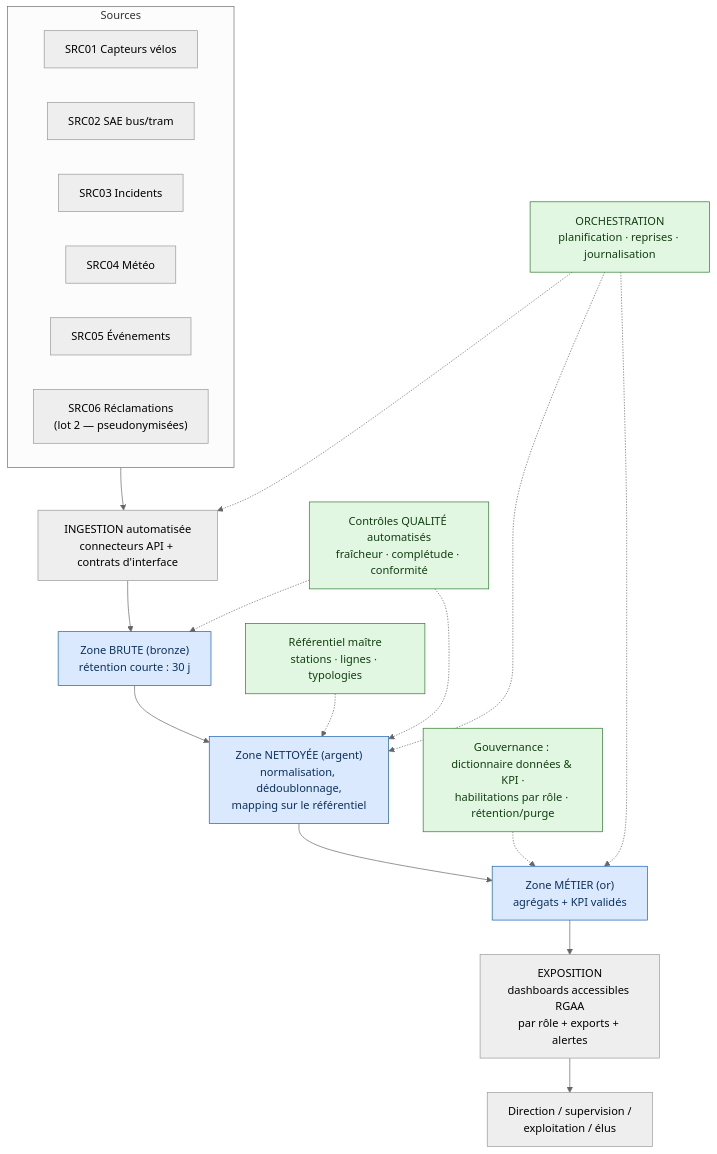
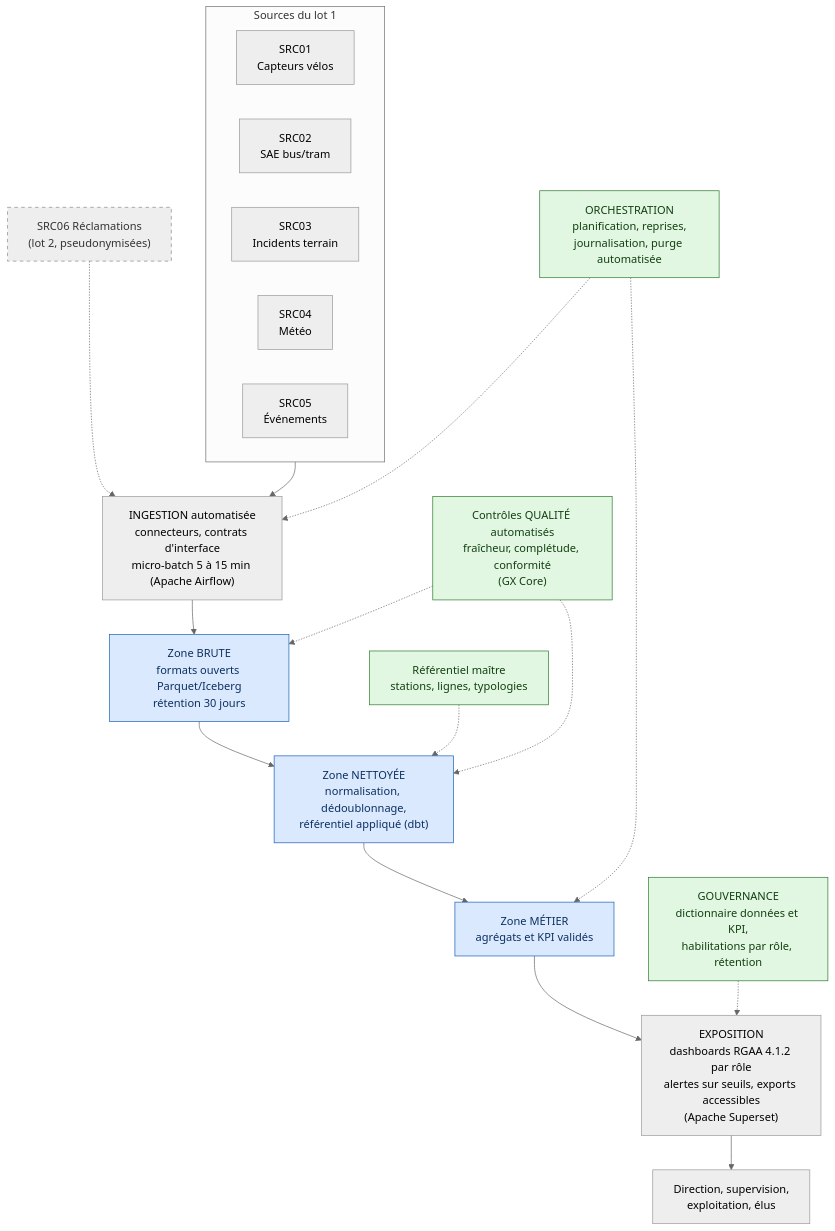
Before and after one commit to ouassim16wass/E1: the third of 3 diagrams in livrables/annexes/schemas_flux.md, drawn with Mermaid (neutral theme). The commit also changed other lines of this file and 2 other files, not shown here.

Commit message:
Architecture cible en Mermaid dans le C4 + annexe alignée (version finale lot 1)

````diff
--- a/livrables/annexes/schemas_flux.md
+++ b/livrables/annexes/schemas_flux.md
@@ -80,31 +78,33 @@
 ```mermaid
 flowchart TB
-    subgraph SRC["Sources"]
-        X1["SRC01 Capteurs vélos"]
-        X2["SRC02 SAE bus/tram"]
-        X3["SRC03 Incidents"]
-        X4["SRC04 Météo"]
-        X5["SRC05 Événements"]
-        X6["SRC06 Réclamations<br/>(lot 2 — pseudonymisées)"]
+    subgraph SRCS["Sources du lot 1"]
+        X1["SRC01<br/>Capteurs vélos"]
+        X2["SRC02<br/>SAE bus/tram"]
+        X3["SRC03<br/>Incidents terrain"]
+        X4["SRC04<br/>Météo"]
+        X5["SRC05<br/>Événements"]
     end
+    X6["SRC06 Réclamations<br/>(lot 2, pseudonymisées)"]
 
-    SRC --> ING["INGESTION automatisée<br/>connecteurs API + contrats d'interface"]
-    ING --> BRZ["Zone BRUTE (bronze)<br/>rétention courte : 30 j"]
-    BRZ --> SLV["Zone NETTOYÉE (argent)<br/>normalisation, dédoublonnage,<br/>mapping sur le référentiel"]
-    SLV --> GLD["Zone MÉTIER (or)<br/>agrégats + KPI validés"]
-    GLD --> EXP["EXPOSITION<br/>dashboards accessibles RGAA<br/>par rôle + exports + alertes"]
-    EXP --> U["Direction / supervision /<br/>exploitation / élus"]
+    SRCS --> ING["INGESTION automatisée<br/>connecteurs, contrats d'interface<br/>micro-batch 5 à 15 min (Apache Airflow)"]
+    X6 -.-> ING
+    ING --> BRZ["Zone BRUTE<br/>formats ouverts Parquet/Iceberg<br/>rétention 30 jours"]
+    BRZ --> SLV["Zone NETTOYÉE<br/>normalisation, dédoublonnage,<br/>référentiel appliqué (dbt)"]
+    SLV --> GLD["Zone MÉTIER<br/>agrégats et KPI validés"]
+    GLD --> EXP["EXPOSITION<br/>dashboards RGAA 4.1.2 par rôle<br/>alertes sur seuils, exports accessibles<br/>(Apache Superset)"]
+    EXP --> U["Direction, supervision,<br/>exploitation, élus"]
 
-    REF["Référentiel maître<br/>stations · lignes · typologies"] -.-> SLV
-    QUA["Contrôles QUALITÉ automatisés<br/>fraîcheur · complétude · conformité"] -.-> BRZ
+    REF["Référentiel maître<br/>stations, lignes, typologies"] -.-> SLV
+    QUA["Contrôles QUALITÉ automatisés<br/>fraîcheur, complétude, conformité<br/>(GX Core)"] -.-> BRZ
     QUA -.-> SLV
-    ORC["ORCHESTRATION<br/>planification · reprises · journalisation"] -.-> ING
-    ORC -.-> SLV
+    ORC["ORCHESTRATION<br/>planification, reprises,<br/>journalisation, purge automatisée"] -.-> ING
     ORC -.-> GLD
-    GOV["Gouvernance : dictionnaire données & KPI ·<br/>habilitations par rôle · rétention/purge"] -.-> GLD
+    GOV["GOUVERNANCE<br/>dictionnaire données et KPI,<br/>habilitations par rôle, rétention"] -.-> EXP
 
     classDef zone fill:#dbe9ff,stroke:#1a5fb4,color:#0b3060;
     classDef transverse fill:#e2f7e2,stroke:#2d7a2d,color:#123f12;
+    classDef lot2 fill:#eeeeee,stroke:#888888,color:#333333,stroke-dasharray: 5 5;
     class BRZ,SLV,GLD zone;
     class REF,QUA,ORC,GOV transverse;
+    class X6 lot2;
 ```
````
